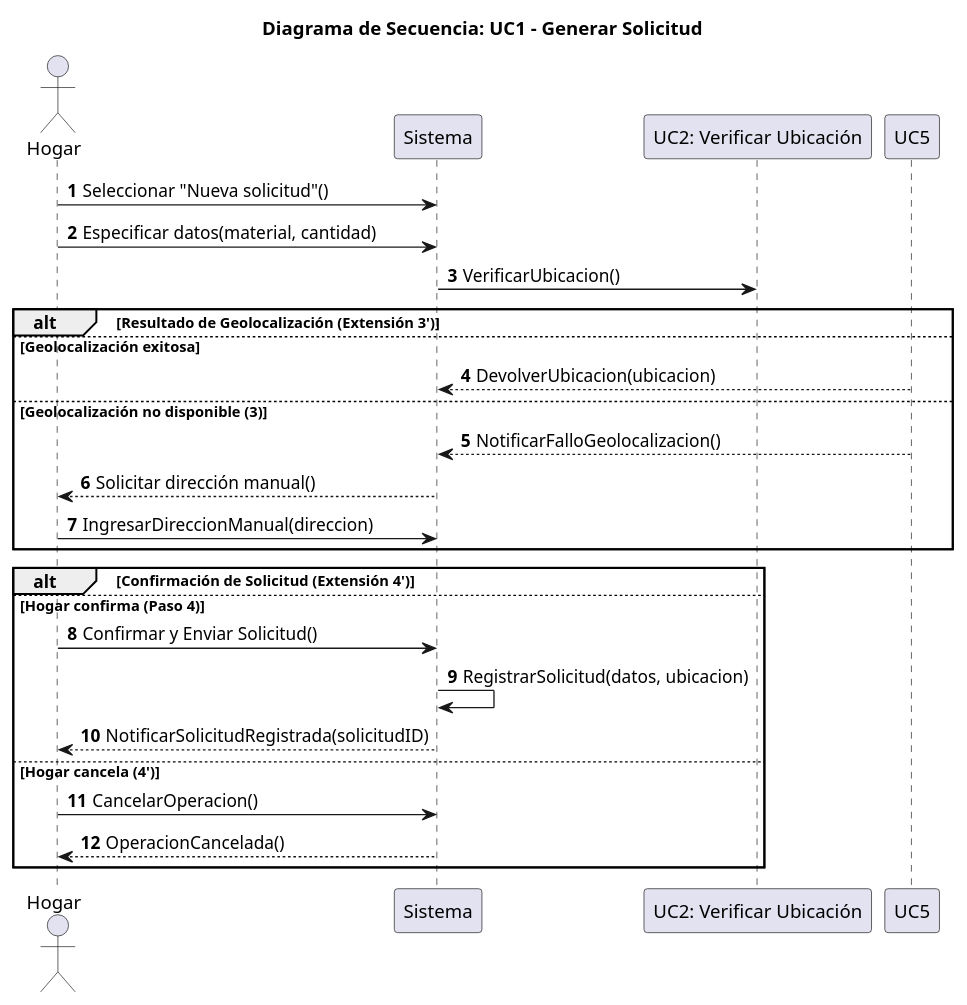
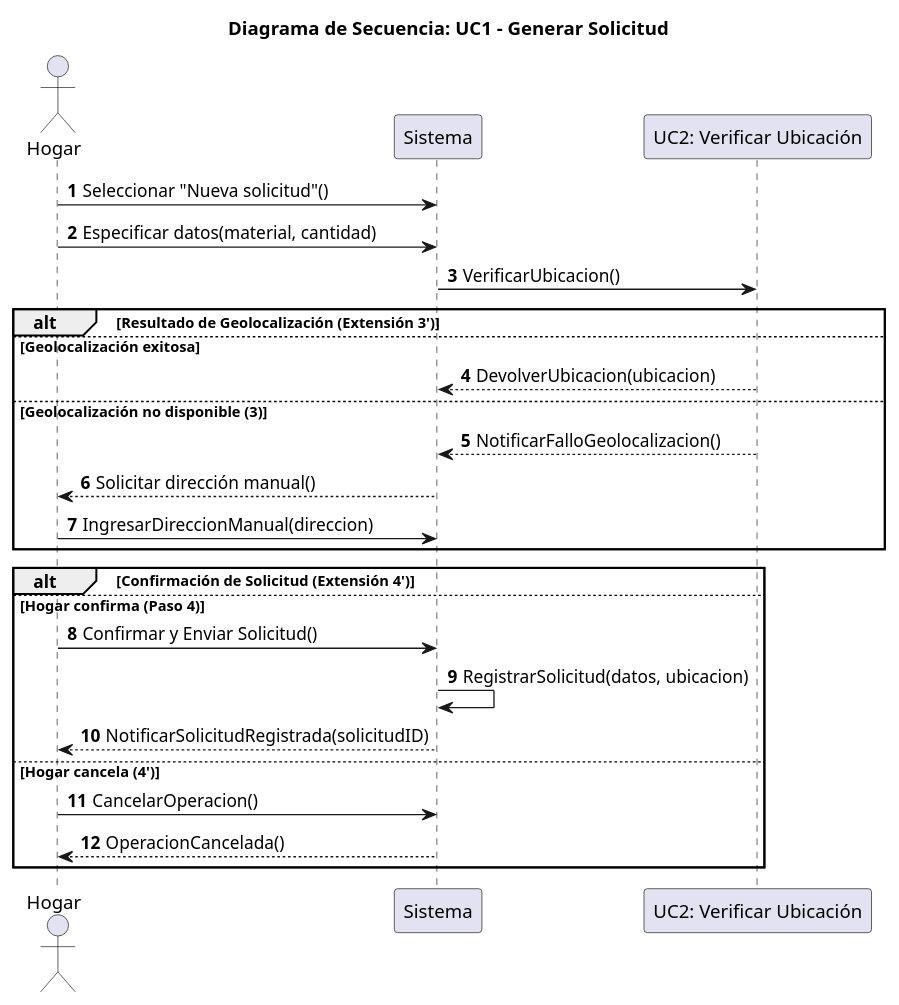
One commit to diss17/proyecto_is1 changed the diagram in 04_ayudantia/US1_Diagrama_Secuencia.puml. Above: the diagram before and after it, drawn with PlantUML.

Commit message:
correcion uc5 a uc2 (error de tipeo)

```diff
--- a/04_ayudantia/US1_Diagrama_Secuencia.puml
+++ b/04_ayudantia/US1_Diagrama_Secuencia.puml
@@ -1,44 +1,44 @@
 @startuml
 autonumber
 title "Diagrama de Secuencia: UC1 - Generar Solicitud"
 
 ' --- Actores y Participantes ---
 actor "Hogar" as Hogar
 participant "Sistema" as Sistema
 participant "UC2: Verificar Ubicación" as UC2
 
 ' --- Flujo ---
 
 ' 1. El Hogar selecciona la opción
 Hogar -> Sistema: Seleccionar "Nueva solicitud"()
 
 
 ' 2. El Hogar especifica el tipo de material
 Hogar -> Sistema: Especificar datos(material, cantidad)
 
 ' 3. El sistema invoca el caso de uso UC2 "Verificar Ubicación"
 Sistema -> UC2: VerificarUbicacion()
 
 
 alt Resultado de Geolocalización (Extensión 3')
     else Geolocalización exitosa
-        UC5 --> Sistema: DevolverUbicacion(ubicacion)
+        UC2 --> Sistema: DevolverUbicacion(ubicacion)
     else Geolocalización no disponible (3)
-        UC5 --> Sistema: NotificarFalloGeolocalizacion()
-        deactivate UC5
+        UC2 --> Sistema: NotificarFalloGeolocalizacion()
+        deactivate UC2
         Sistema --> Hogar: Solicitar dirección manual()
         Hogar -> Sistema: IngresarDireccionManual(direccion)
 end
 
 alt Confirmación de Solicitud (Extensión 4')
     else Hogar confirma (Paso 4)
         Hogar -> Sistema: Confirmar y Enviar Solicitud()
         ' 5. El sistema registra la solicitud y notifica
         Sistema -> Sistema: RegistrarSolicitud(datos, ubicacion)
         Sistema --> Hogar: NotificarSolicitudRegistrada(solicitudID)
     else Hogar cancela (4')
         Hogar -> Sistema: CancelarOperacion()
         Sistema --> Hogar: OperacionCancelada()
 end
 
 @enduml
```
